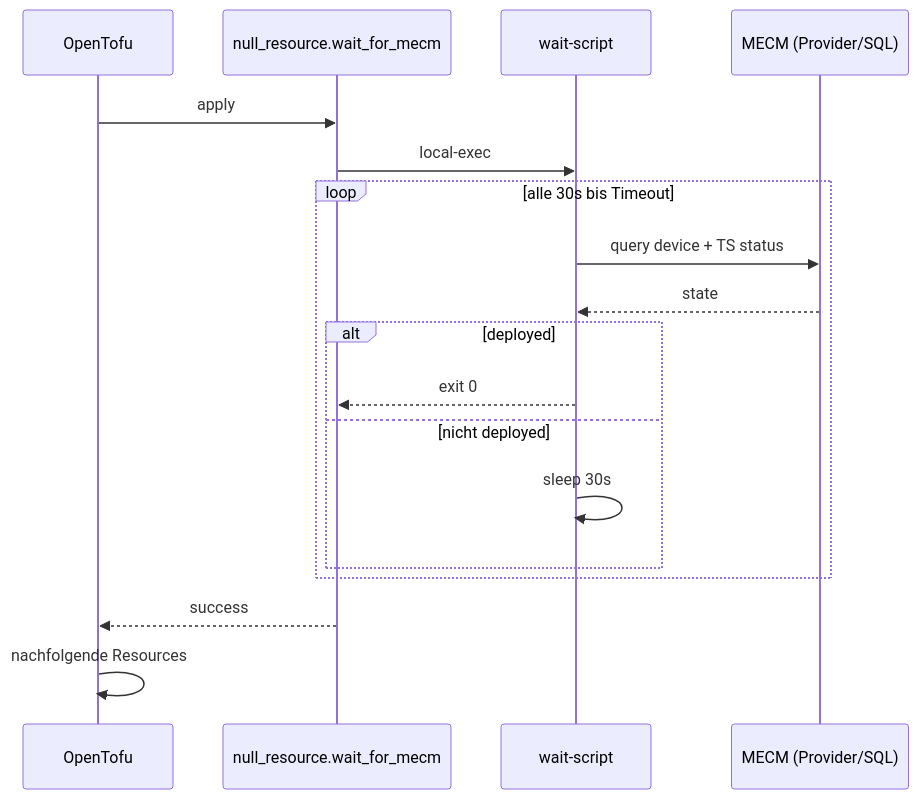
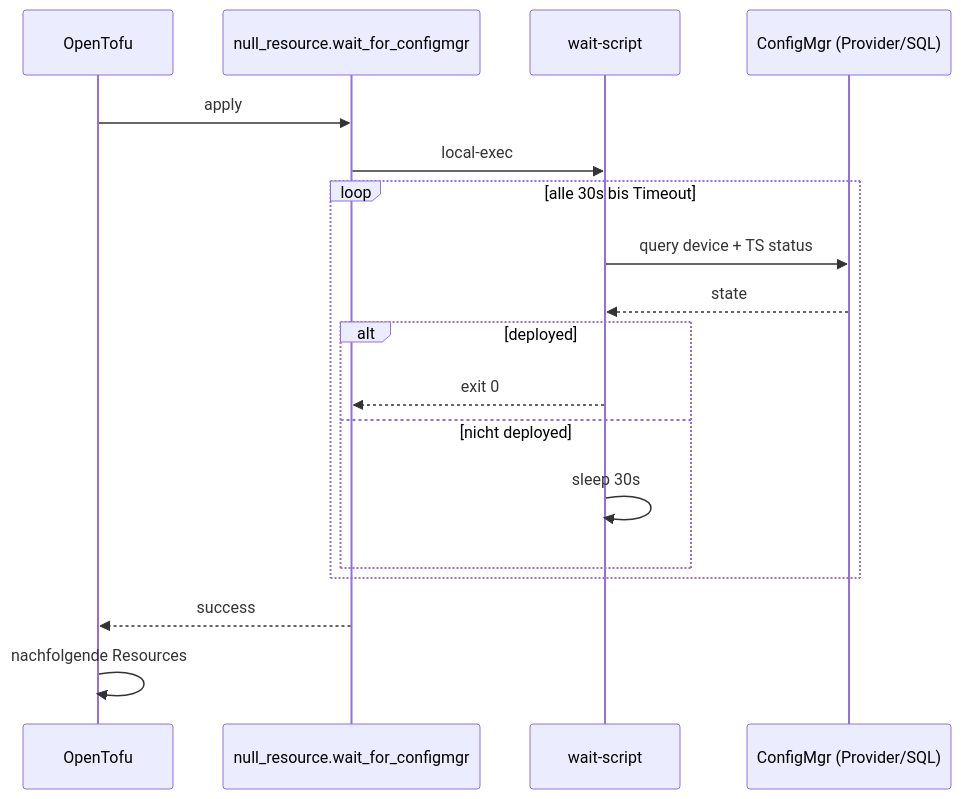
The second of 8 diagrams in OVERVIEW.md (monoeagle/lucent-job-mecm-ps-connect), drawn with Mermaid before and after one commit. The commit also changed other lines of this file and 22 other files, not shown here.

First line of the commit message:
Rename MECM -> ConfigMgr; add naming history and 2026 compat check

````diff
--- a/OVERVIEW.md
+++ b/OVERVIEW.md
@@ -52,21 +52,21 @@
 ```mermaid
 sequenceDiagram
     participant Tofu as OpenTofu
-    participant NR as null_resource.wait_for_mecm
+    participant NR as null_resource.wait_for_configmgr
     participant Script as wait-script
-    participant MECM as MECM (Provider/SQL)
+    participant ConfigMgr as ConfigMgr (Provider/SQL)
 
     Tofu->>NR: apply
     NR->>Script: local-exec
     loop alle 30s bis Timeout
-        Script->>MECM: query device + TS status
-        MECM-->>Script: state
+        Script->>ConfigMgr: query device + TS status
+        ConfigMgr-->>Script: state
         alt deployed
             Script-->>NR: exit 0
         else nicht deployed
             Script->>Script: sleep 30s
         end
     end
     NR-->>Tofu: success
     Tofu->>Tofu: nachfolgende Resources
 ```
````
